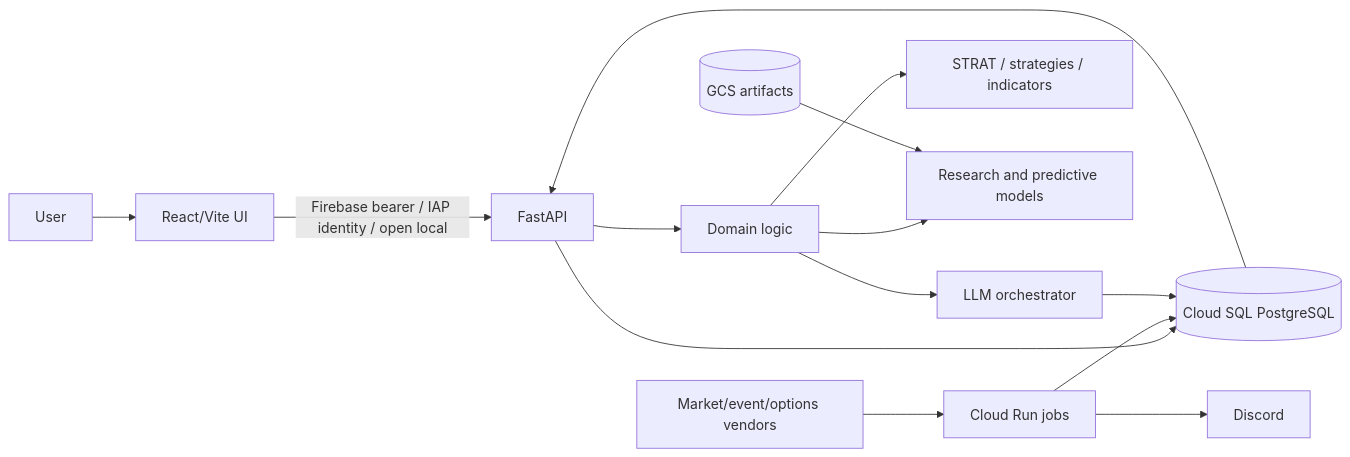
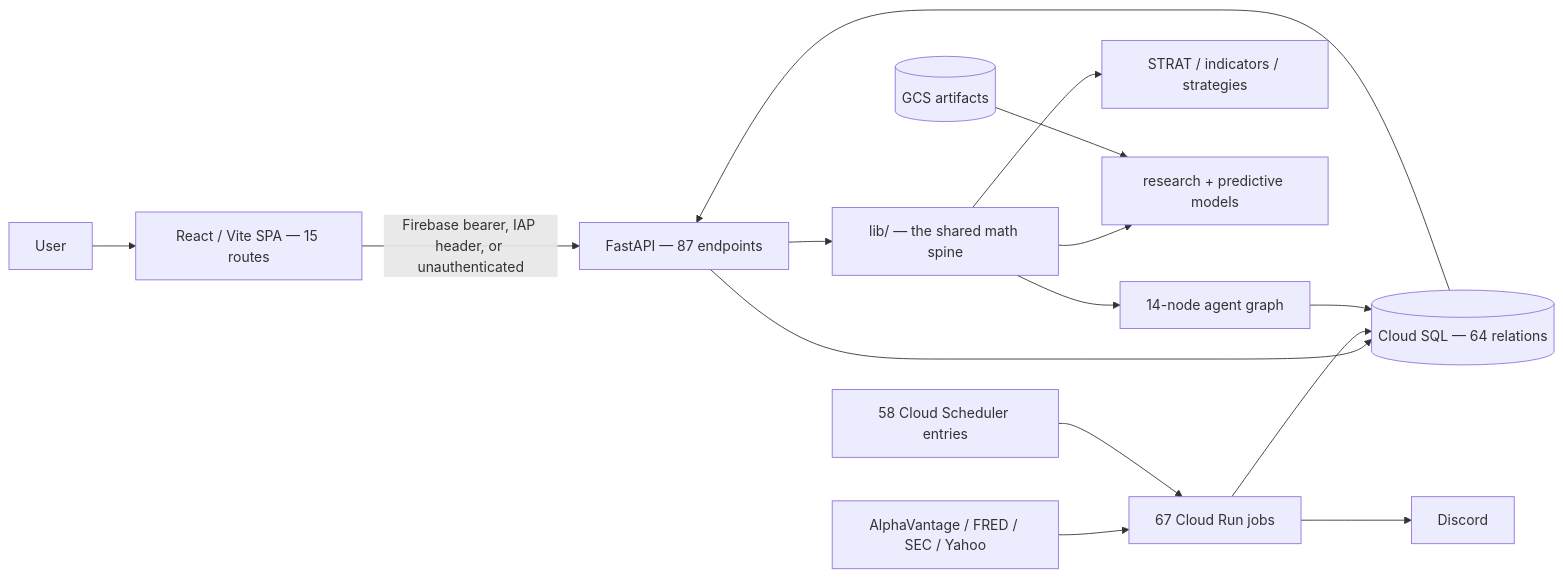
One commit to TeneikaAskew/stocks changed the first of 2 diagrams in docs/product/00-PRODUCT-OVERVIEW.md. Above: the diagram before and after it, drawn with Mermaid. The commit also changed other lines of this file and 16 other files, not shown here.

````diff
--- a/docs/product/00-PRODUCT-OVERVIEW.md
+++ b/docs/product/00-PRODUCT-OVERVIEW.md
@@ -23,16 +39,17 @@
 ```mermaid
 flowchart LR
- U[User] --> WEB[React/Vite UI]
- WEB -->|Firebase bearer / IAP identity / open local| API[FastAPI]
- API --> LIB[Domain logic]
- API --> DB[(Cloud SQL PostgreSQL)]
- SRC[Market/event/options vendors] --> JOBS[Cloud Run jobs]
+ U[User] --> WEB[React / Vite SPA — 15 routes]
+ WEB -->|Firebase bearer, IAP header, or unauthenticated| API[FastAPI — 87 endpoints]
+ API --> LIB[lib/ — the shared math spine]
+ API --> DB[(Cloud SQL — 64 relations)]
+ SRC[AlphaVantage / FRED / SEC / Yahoo] --> JOBS[67 Cloud Run jobs]
+ SCH[58 Cloud Scheduler entries] --> JOBS
  JOBS --> DB
- LIB --> RULES[STRAT / strategies / indicators]
- LIB --> ML[Research and predictive models]
- LIB --> LLM[LLM orchestrator]
+ LIB --> RULES[STRAT / indicators / strategies]
+ LIB --> ML[research + predictive models]
+ LIB --> LLM[14-node agent graph]
  LLM --> DB
+ JOBS --> DISCORD[Discord]
  DB --> API
- JOBS --> DISCORD[Discord]
  GCS[(GCS artifacts)] --> ML
 ```
````
